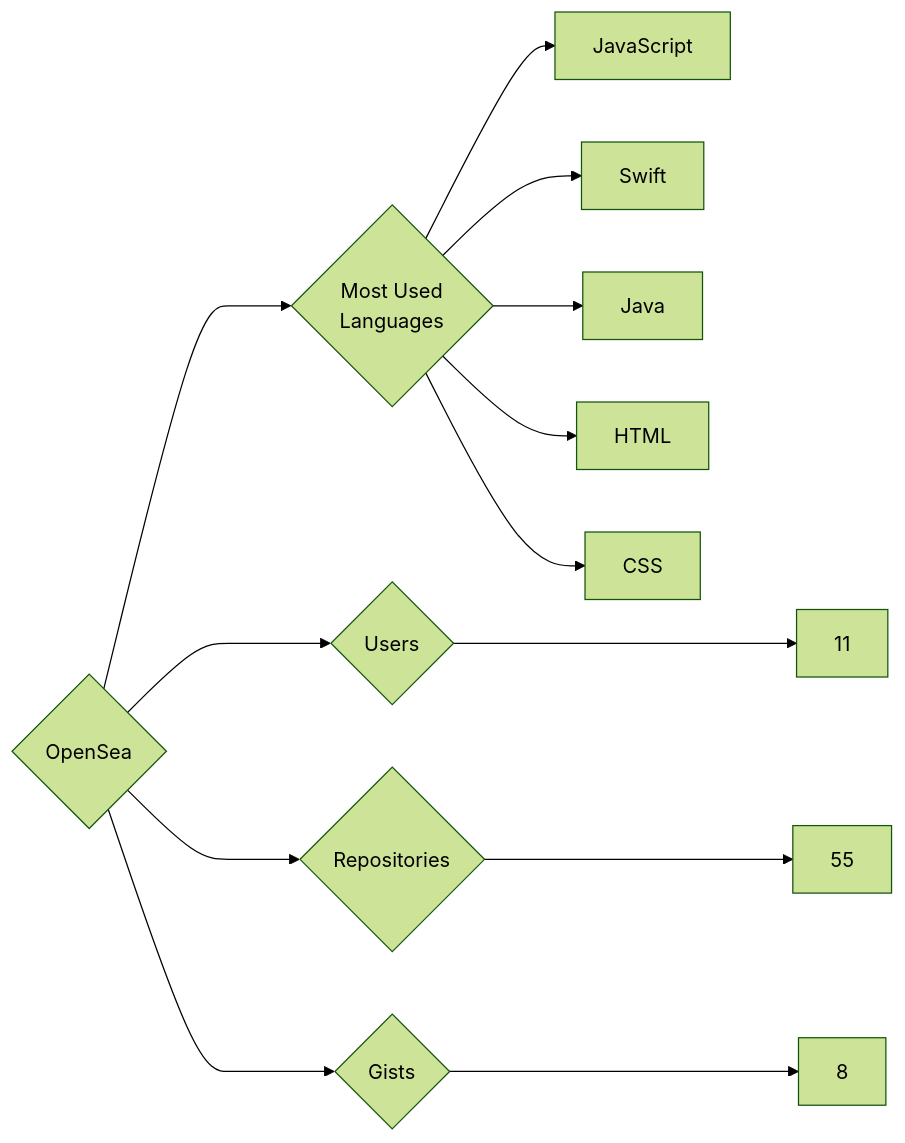
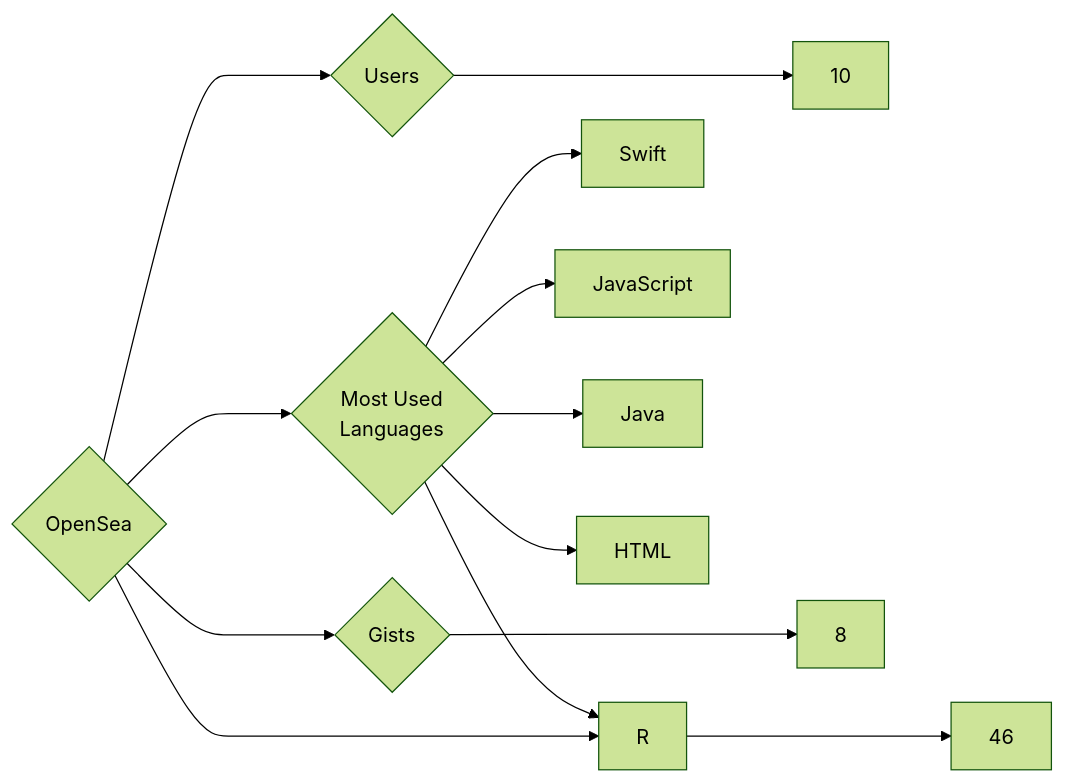
Before and after one commit to trickest/insiders: the diagram in targets/OpenSea/README.md, drawn with Mermaid (forest theme). The commit also changed 912 other files, not shown here.

````diff
--- a/targets/OpenSea/README.md
+++ b/targets/OpenSea/README.md
@@ -3,13 +3,13 @@
 ```mermaid
 graph LR
 COMPANY_NAME{OpenSea}
-COMPANY_NAME ---> U{Users} ---> UN[11]
-COMPANY_NAME ---> R{Repositories} ---> RN[55]
+COMPANY_NAME ---> U{Users} ---> UN[10]
+COMPANY_NAME ---> R{Repositories} ---> RN[46]
 COMPANY_NAME ---> G{Gists} ---> GN[8]
 COMPANY_NAME ---> ML{Most Used<br>Languages}
+ML --> Swift[Swift]
 ML --> JavaScript[JavaScript]
-ML --> Swift[Swift]
 ML --> Java[Java]
 ML --> HTML[HTML]
-ML --> CSS[CSS]
+ML --> R[R]
 ```
````
